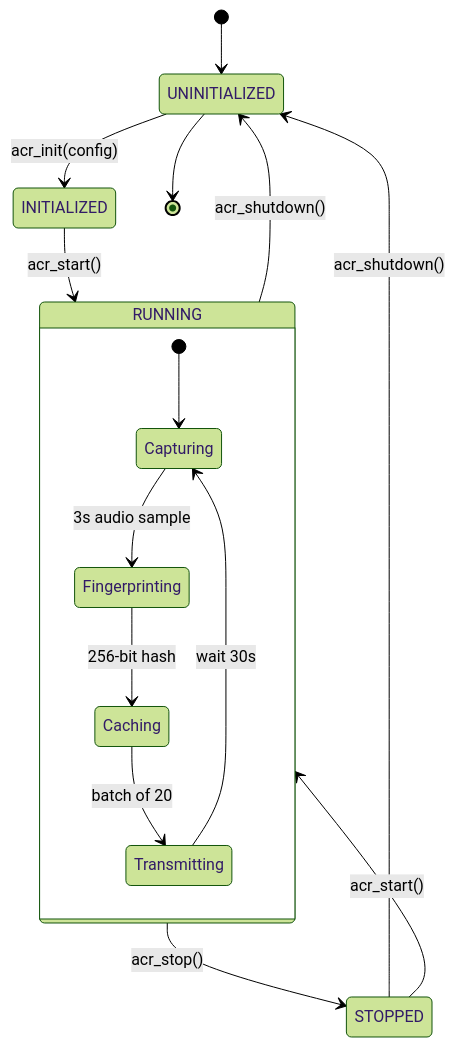
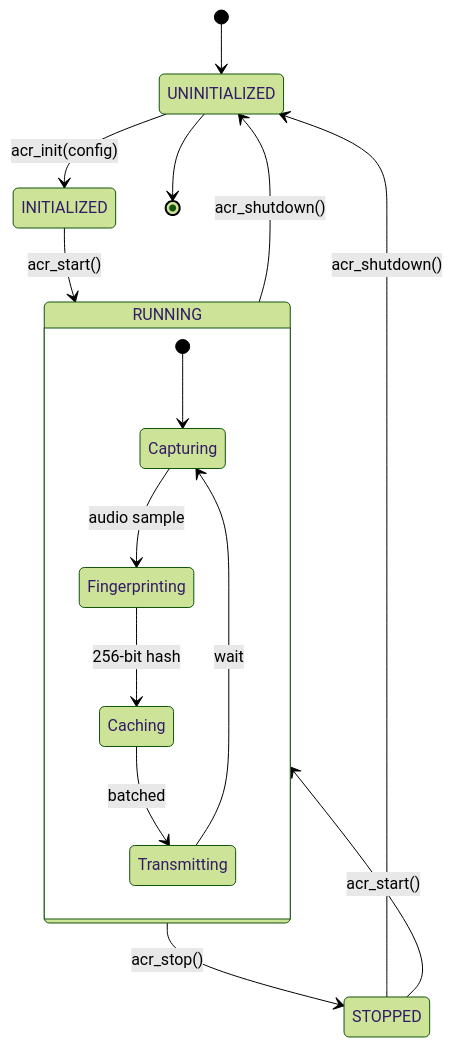
One commit to ksmettela/Synora changed the fourth of 12 diagrams in PRODUCT_BLOG.md. Above: the diagram before and after it, drawn with Mermaid (forest theme). The commit also changed other lines of this file and 27 other files, not shown here.

````diff
--- a/PRODUCT_BLOG.md
+++ b/PRODUCT_BLOG.md
@@ -286,19 +285,19 @@
 ```mermaid
 stateDiagram-v2
     [*] --> UNINITIALIZED
     UNINITIALIZED --> INITIALIZED: acr_init(config)
     INITIALIZED --> RUNNING: acr_start()
     RUNNING --> STOPPED: acr_stop()
     STOPPED --> RUNNING: acr_start()
     STOPPED --> UNINITIALIZED: acr_shutdown()
     RUNNING --> UNINITIALIZED: acr_shutdown()
     UNINITIALIZED --> [*]
-    
+
     state RUNNING {
         [*] --> Capturing
-        Capturing --> Fingerprinting: 3s audio sample
+        Capturing --> Fingerprinting: audio sample
         Fingerprinting --> Caching: 256-bit hash
-        Caching --> Transmitting: batch of 20
-        Transmitting --> Capturing: wait 30s
+        Caching --> Transmitting: batched
+        Transmitting --> Capturing: wait
     }
 ```
````
